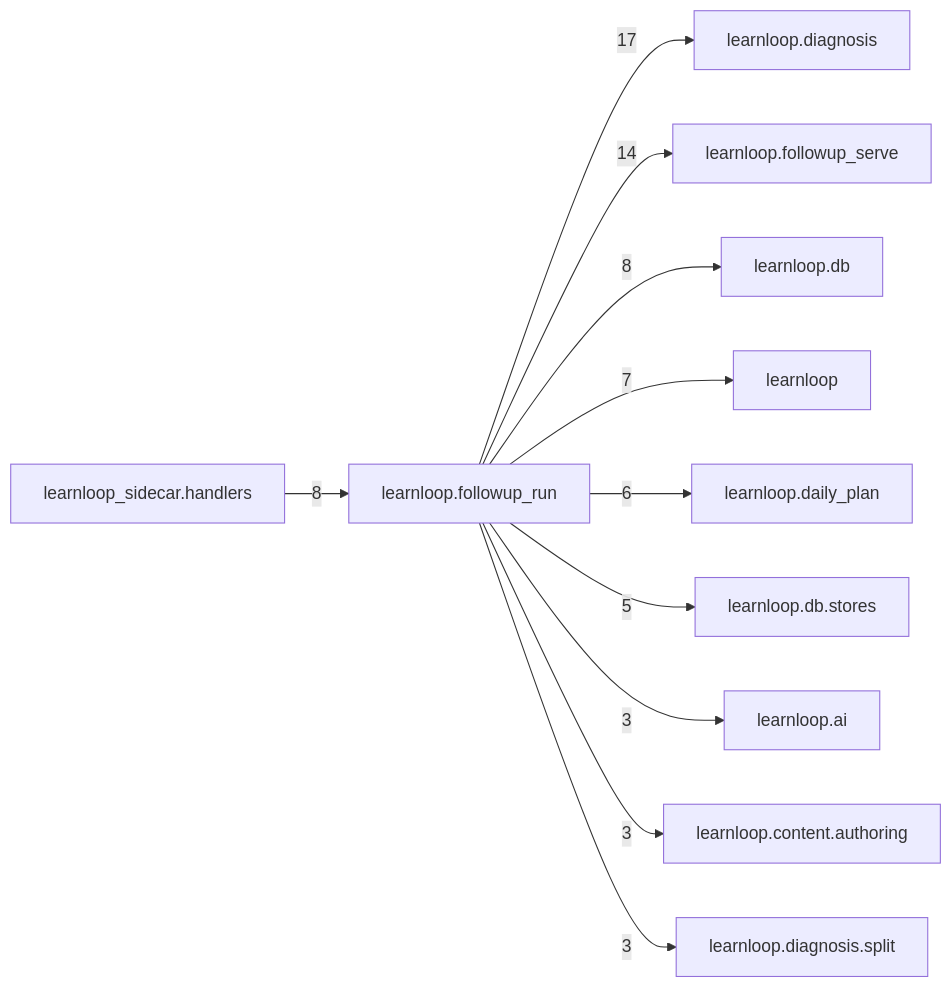
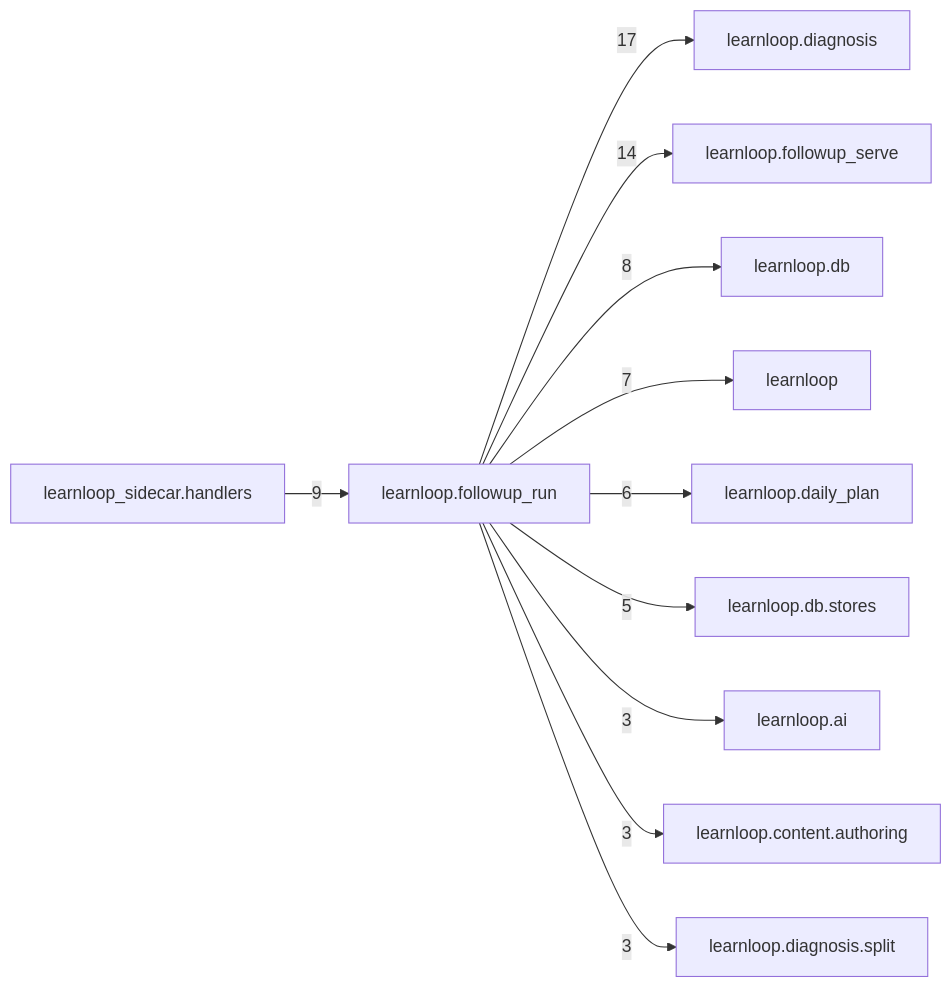
Before and after one commit to 6up-b/learnanything: the diagram in docs/learnloop-architecture-vault/Reference/Modules/learnloop/followup_run/_package.md, drawn with Mermaid. The commit also changed other lines of this file and 504 other files, not shown here.

````diff
--- a/docs/learnloop-architecture-vault/Reference/Modules/learnloop/followup_run/_package.md
+++ b/docs/learnloop-architecture-vault/Reference/Modules/learnloop/followup_run/_package.md
@@ -94,24 +94,24 @@
 ```mermaid
 flowchart LR
     center["learnloop.followup_run"]
     n_learnloop_diagnosis["learnloop.diagnosis"]
     n_learnloop_followup_serve["learnloop.followup_serve"]
+    n_learnloop_sidecar_handlers["learnloop_sidecar.handlers"]
     n_learnloop_db["learnloop.db"]
-    n_learnloop_sidecar_handlers["learnloop_sidecar.handlers"]
     n_learnloop["learnloop"]
     n_learnloop_daily_plan["learnloop.daily_plan"]
     n_learnloop_db_stores["learnloop.db.stores"]
     n_learnloop_ai["learnloop.ai"]
     n_learnloop_content_authoring["learnloop.content.authoring"]
     n_learnloop_diagnosis_split["learnloop.diagnosis.split"]
     center -->|17| n_learnloop_diagnosis
     center -->|14| n_learnloop_followup_serve
+    n_learnloop_sidecar_handlers -->|9| center
     center -->|8| n_learnloop_db
-    n_learnloop_sidecar_handlers -->|8| center
     center -->|7| n_learnloop
     center -->|6| n_learnloop_daily_plan
     center -->|5| n_learnloop_db_stores
     center -->|3| n_learnloop_ai
     center -->|3| n_learnloop_content_authoring
     center -->|3| n_learnloop_diagnosis_split
 ```
````
